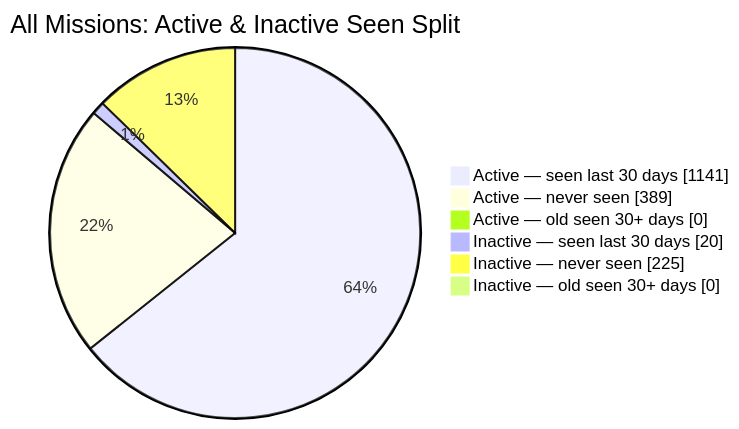
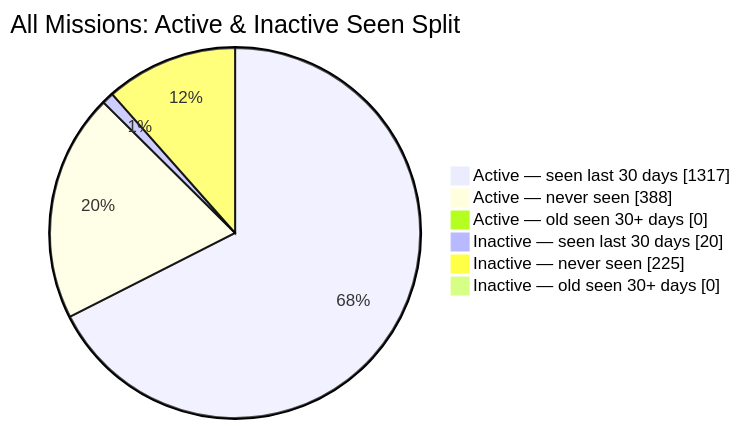
The second of 2 diagrams in README.md (MeldkamerspelGameTeam/active-missions), drawn with Mermaid before and after one commit. The commit also changed other lines of this file and 2 other files, not shown here.

````diff
--- a/README.md
+++ b/README.md
@@ -45,10 +44,10 @@
 ```mermaid
 pie showData
     title All Missions: Active & Inactive Seen Split
-    "Active — seen last 30 days" : 1141
-    "Active — never seen" : 389
+    "Active — seen last 30 days" : 1317
+    "Active — never seen" : 388
     "Active — old seen 30+ days" : 0
     "Inactive — seen last 30 days" : 20
     "Inactive — never seen" : 225
     "Inactive — old seen 30+ days" : 0
 ```
````
